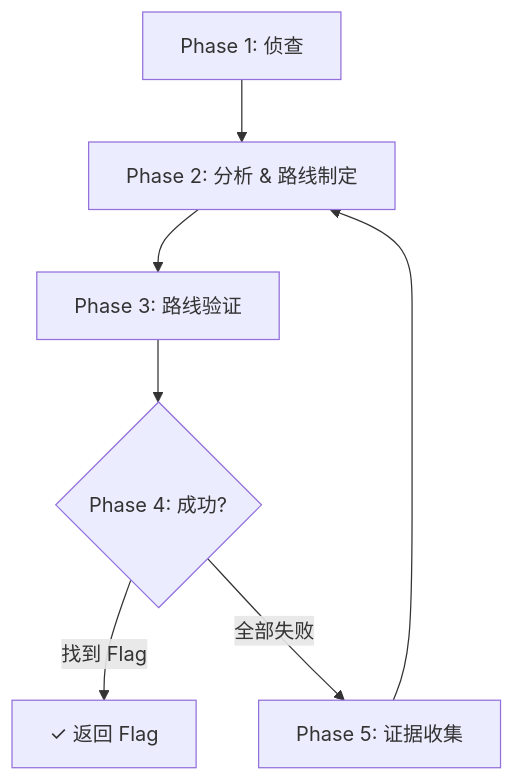
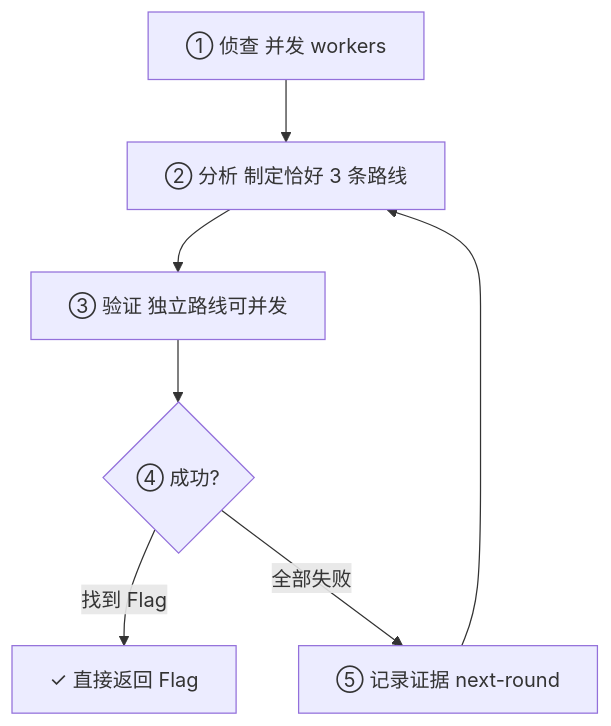
One commit to h1kibi/Opencode-for-CTF changed the diagram in README.md. Above: the diagram before and after it, drawn with Mermaid. The commit also changed other lines of this file and 384 other files, not shown here.

````diff
--- a/README.md
+++ b/README.md
@@ -148,9 +229,9 @@
 ```mermaid
 graph TD
-    A[Phase 1: 侦查] --> B[Phase 2: 分析 & 路线制定]
-    B --> C[Phase 3: 路线验证]
-    C --> D{Phase 4: 成功?}
-    D -->|找到 Flag| E[✓ 返回 Flag]
-    D -->|全部失败| F[Phase 5: 证据收集]
+    A[① 侦查 并发 workers] --> B[② 分析 制定恰好 3 条路线]
+    B --> C[③ 验证 独立路线可并发]
+    C --> D{④ 成功?}
+    D -->|找到 Flag| E[✓ 直接返回 Flag]
+    D -->|全部失败| F[⑤ 记录证据 next-round]
     F --> B
 ```
````
